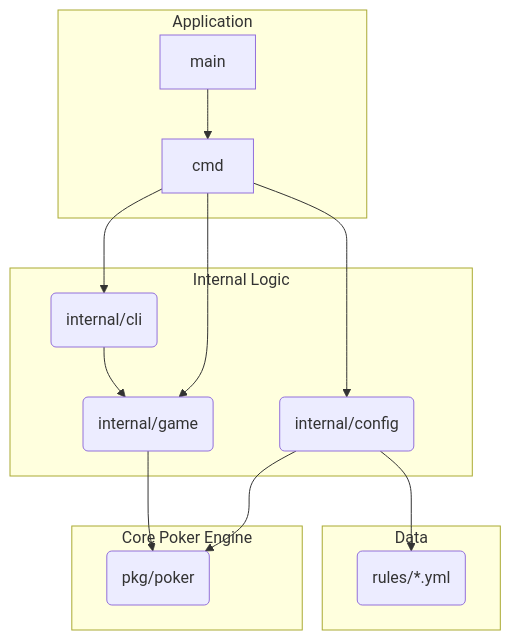
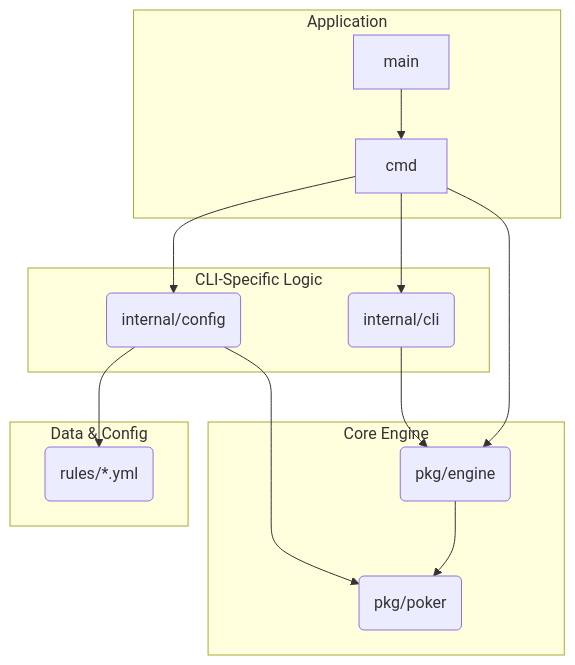
The diagram in docs/architecture.md (philipjkim/pls7-cli), drawn with Mermaid before and after one commit. The commit also changed other lines of this file and 3 other files, not shown here.

````diff
--- a/docs/architecture.md
+++ b/docs/architecture.md
@@ -18,22 +19,22 @@
 ```mermaid
 graph TD
     subgraph Application
         main --> cmd
     end
 
-    subgraph "Internal Logic"
+    subgraph "CLI-Specific Logic"
         cmd --> internal_cli("internal/cli")
-        cmd --> internal_game("internal/game")
         cmd --> internal_config("internal/config")
-        internal_cli --> internal_game
     end
 
-    subgraph "Core Poker Engine"
-        internal_game --> pkg_poker("pkg/poker")
+    subgraph "Core Engine"
+        cmd --> pkg_engine("pkg/engine")
+        internal_cli --> pkg_engine
+        pkg_engine --> pkg_poker("pkg/poker")
+    end
+    
+    subgraph "Data & Config"
+        internal_config --> rules("rules/*.yml")
         internal_config --> pkg_poker
     end
-    
-    subgraph "Data"
-        internal_config --> rules("rules/*.yml")
-    end
 ```
````
